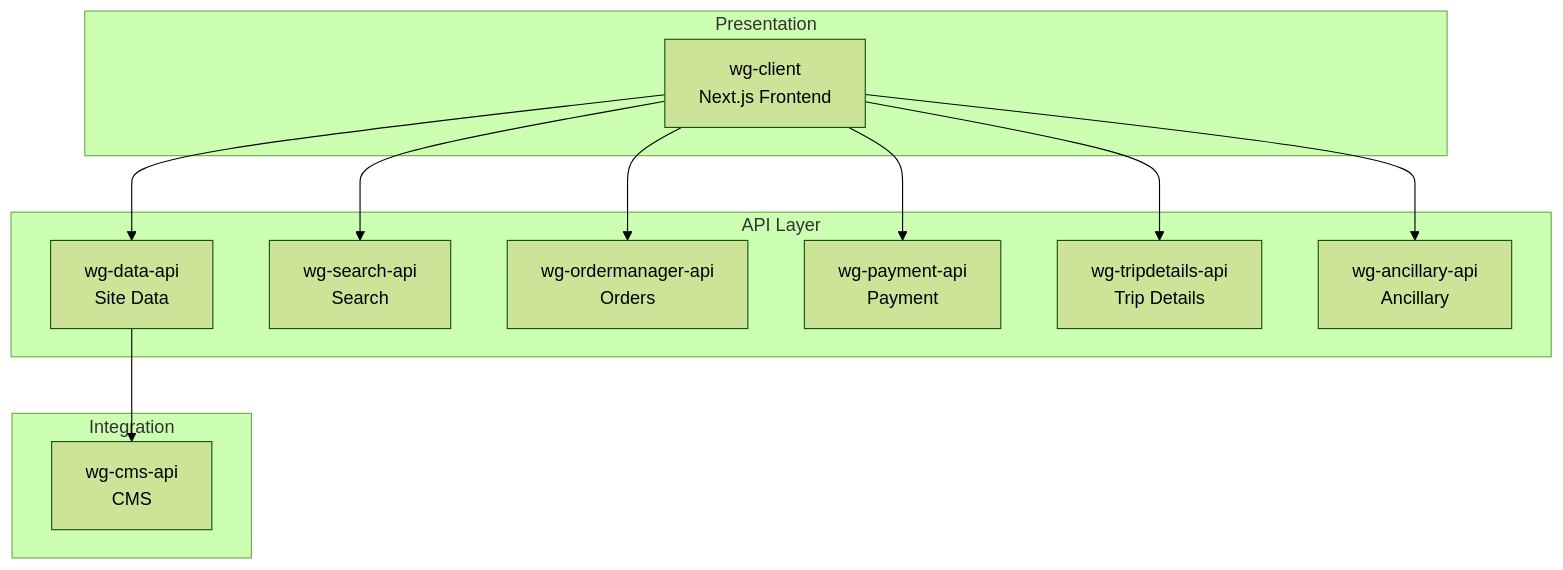
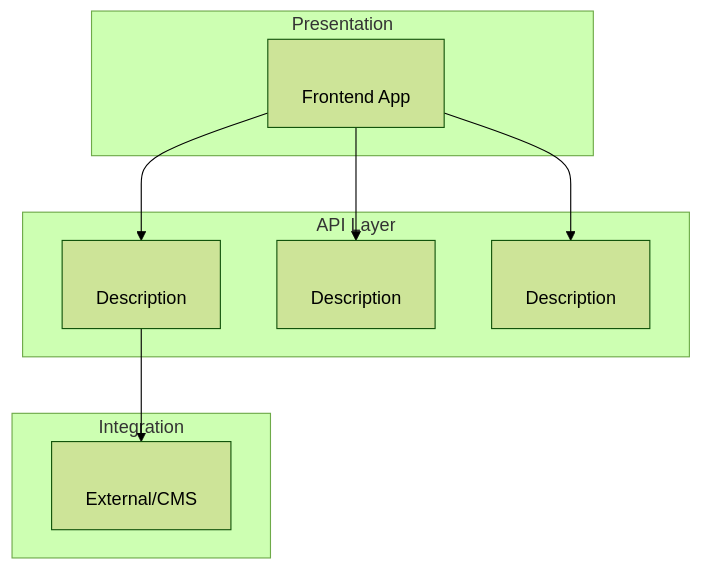
One commit to yairbederman/EngineeringAgency changed the diagram in system-architecture/_phase-5-generate-system-doc.md. Above: the diagram before and after it, drawn with Mermaid (forest theme). The commit also changed other lines of this file and 12 other files, not shown here.

````diff
--- a/system-architecture/_phase-5-generate-system-doc.md
+++ b/system-architecture/_phase-5-generate-system-doc.md
@@ -28,27 +28,21 @@
 ```mermaid
 graph TB
     subgraph Presentation
-        CLIENT[wg-client<br/>Next.js Frontend]
+        CLIENT["<frontend-project><br/>Frontend App"]
     end
     
     subgraph API Layer
-        DATA[wg-data-api<br/>Site Data]
-        SEARCH[wg-search-api<br/>Search]
-        ORDER[wg-ordermanager-api<br/>Orders]
-        PAYMENT[wg-payment-api<br/>Payment]
-        TRIP[wg-tripdetails-api<br/>Trip Details]
-        ANCILLARY[wg-ancillary-api<br/>Ancillary]
+        SVC1["<backend-service-1><br/>Description"]
+        SVC2["<backend-service-2><br/>Description"]
+        SVC3["<backend-service-3><br/>Description"]
     end
     
     subgraph Integration
-        CMS[wg-cms-api<br/>CMS]
+        EXT["<integration-service><br/>External/CMS"]
     end
     
-    CLIENT --> DATA
-    CLIENT --> SEARCH
-    CLIENT --> ORDER
-    CLIENT --> PAYMENT
-    CLIENT --> TRIP
-    CLIENT --> ANCILLARY
-    DATA --> CMS
+    CLIENT --> SVC1
+    CLIENT --> SVC2
+    CLIENT --> SVC3
+    SVC1 --> EXT
 ```
````
